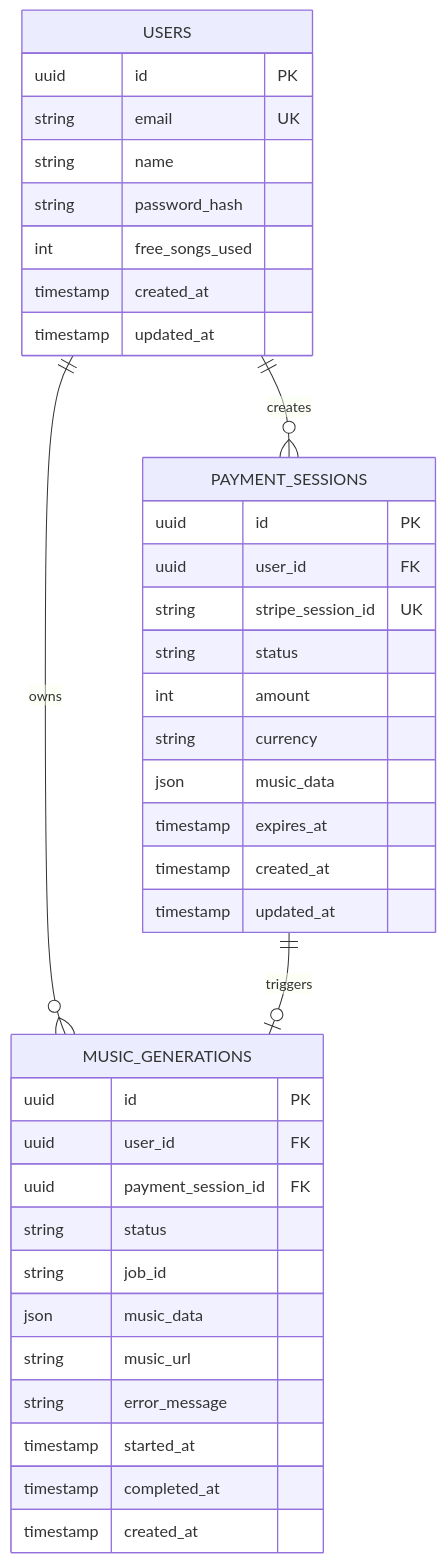
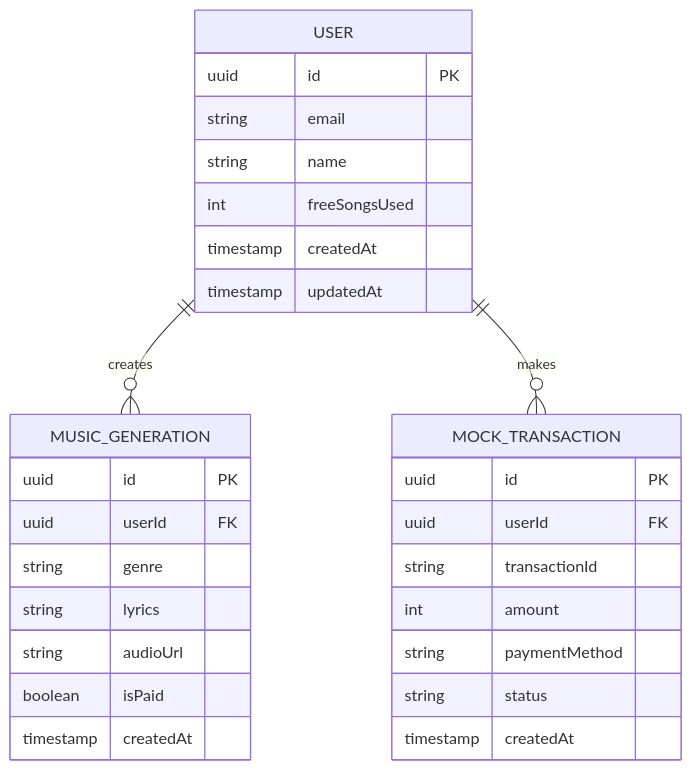
Before and after one commit to ottomiranda/memora-music: the third of 3 diagrams in .trae/documents/paywall_technical_architecture.md, drawn with Mermaid. The commit also changed other lines of this file and 56 other files, not shown here.

````diff
--- a/.trae/documents/paywall_technical_architecture.md
+++ b/.trae/documents/paywall_technical_architecture.md
@@ -238,43 +133,34 @@
 ```mermaid
 erDiagram
-    USERS ||--o{ PAYMENT_SESSIONS : creates
-    USERS ||--o{ MUSIC_GENERATIONS : owns
-    PAYMENT_SESSIONS ||--o| MUSIC_GENERATIONS : triggers
+    USER ||--o{ MUSIC_GENERATION : creates
+    USER ||--o{ MOCK_TRANSACTION : makes
     
-    USERS {
+    USER {
         uuid id PK
-        string email UK
+        string email
         string name
-        string password_hash
-        int free_songs_used
-        timestamp created_at
-        timestamp updated_at
+        int freeSongsUsed
+        timestamp createdAt
+        timestamp updatedAt
     }
     
-    PAYMENT_SESSIONS {
+    MUSIC_GENERATION {
         uuid id PK
-        uuid user_id FK
-        string stripe_session_id UK
-        string status
-        int amount
-        string currency
-        json music_data
-        timestamp expires_at
-        timestamp created_at
-        timestamp updated_at
+        uuid userId FK
+        string genre
+        string lyrics
+        string audioUrl
+        boolean isPaid
+        timestamp createdAt
     }
     
-    MUSIC_GENERATIONS {
+    MOCK_TRANSACTION {
         uuid id PK
-        uuid user_id FK
-        uuid payment_session_id FK
+        uuid userId FK
+        string transactionId
+        int amount
+        string paymentMethod
         string status
-        string job_id
-        json music_data
-        string music_url
-        string error_message
-        timestamp started_at
-        timestamp completed_at
-        timestamp created_at
+        timestamp createdAt
     }
 ```
````
